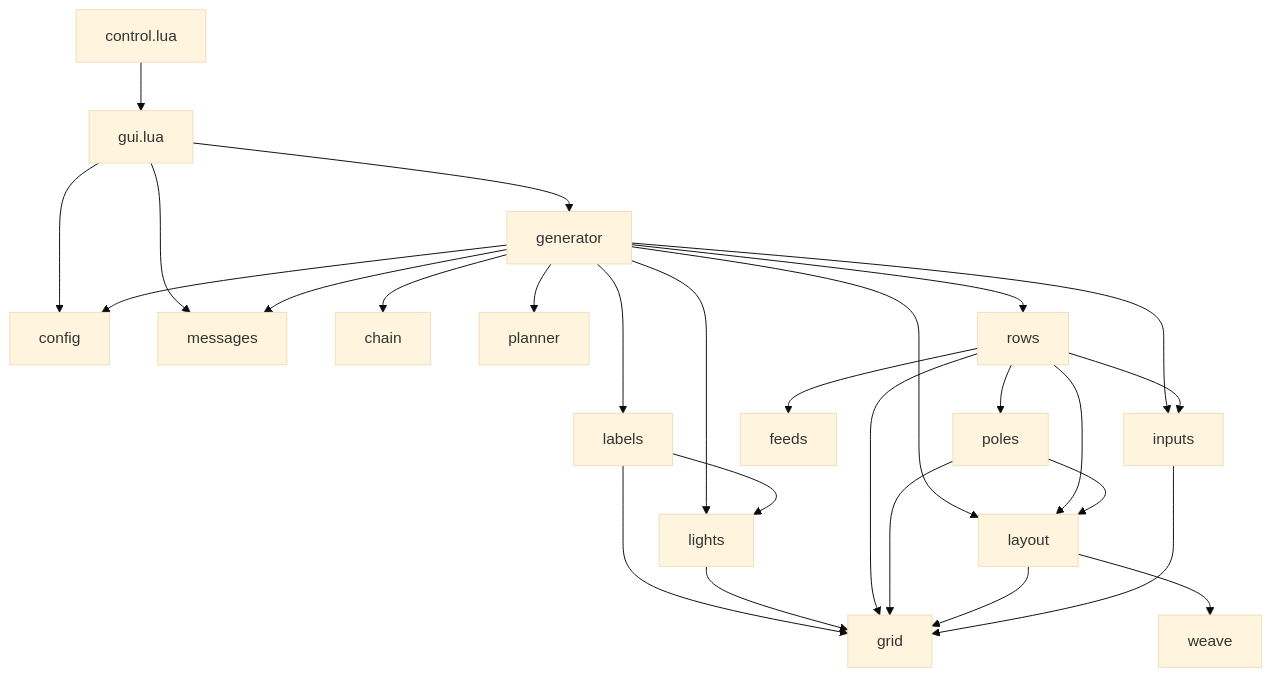
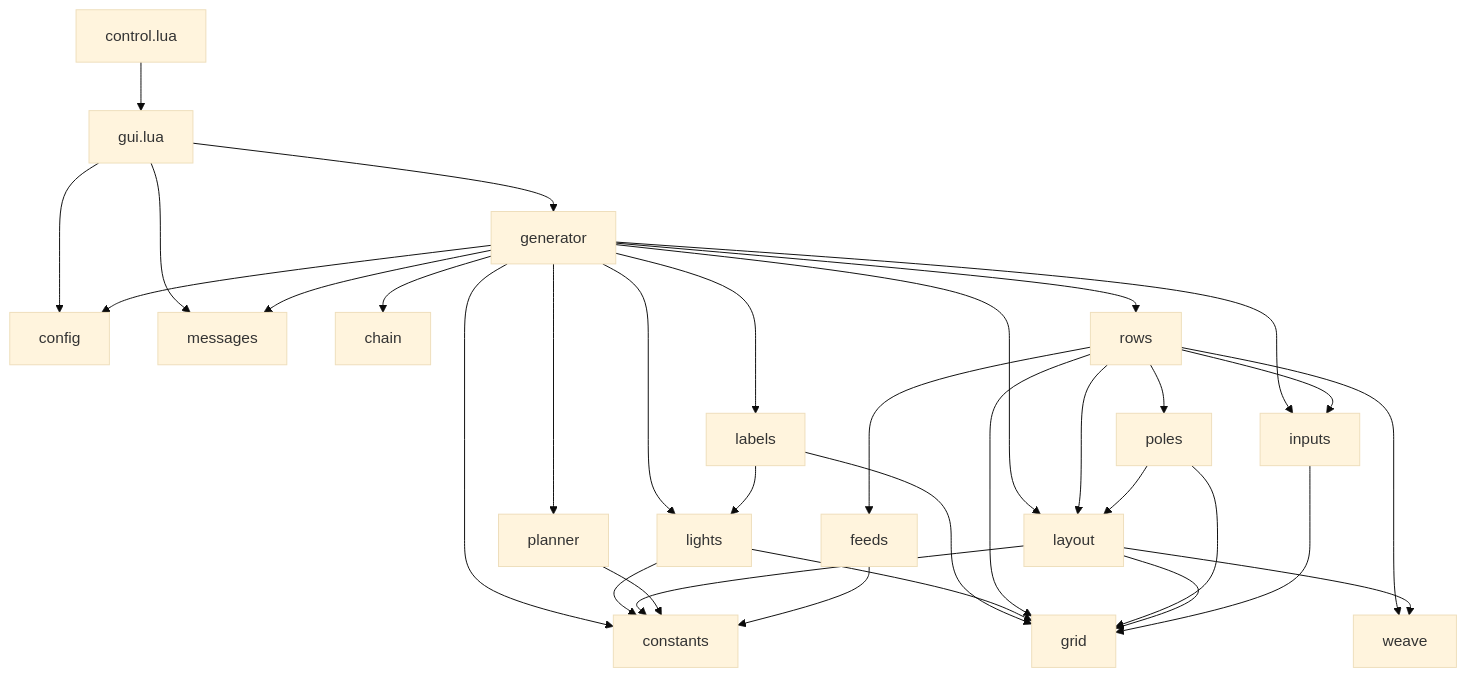
Before and after one commit to RibbonedAce/factorio-blueprint-generation: the second of 5 diagrams in TYPES.md, drawn with Mermaid (base theme). The commit also changed other lines of this file and 11 other files, not shown here.

````diff
--- a/TYPES.md
+++ b/TYPES.md
@@ -54,29 +54,35 @@
 ```mermaid
 flowchart TD
   control["control.lua"] --> gui["gui.lua"]
   gui --> generator
   gui --> config
   gui --> messages
   generator --> config
+  generator --> constants
   generator --> chain
   generator --> planner
   generator --> layout
   generator --> inputs
   generator --> rows
   generator --> labels
   generator --> lights
   labels --> lights
   labels --> grid
   generator --> messages
+  lights --> constants
   lights --> grid
   rows --> feeds
   rows --> inputs
   rows --> layout
   rows --> poles
+  rows --> weave
   rows --> grid
   poles --> layout
   poles --> grid
+  layout --> constants
   layout --> grid
   layout --> weave
+  planner --> constants
+  feeds --> constants
   inputs --> grid
 ```
````
